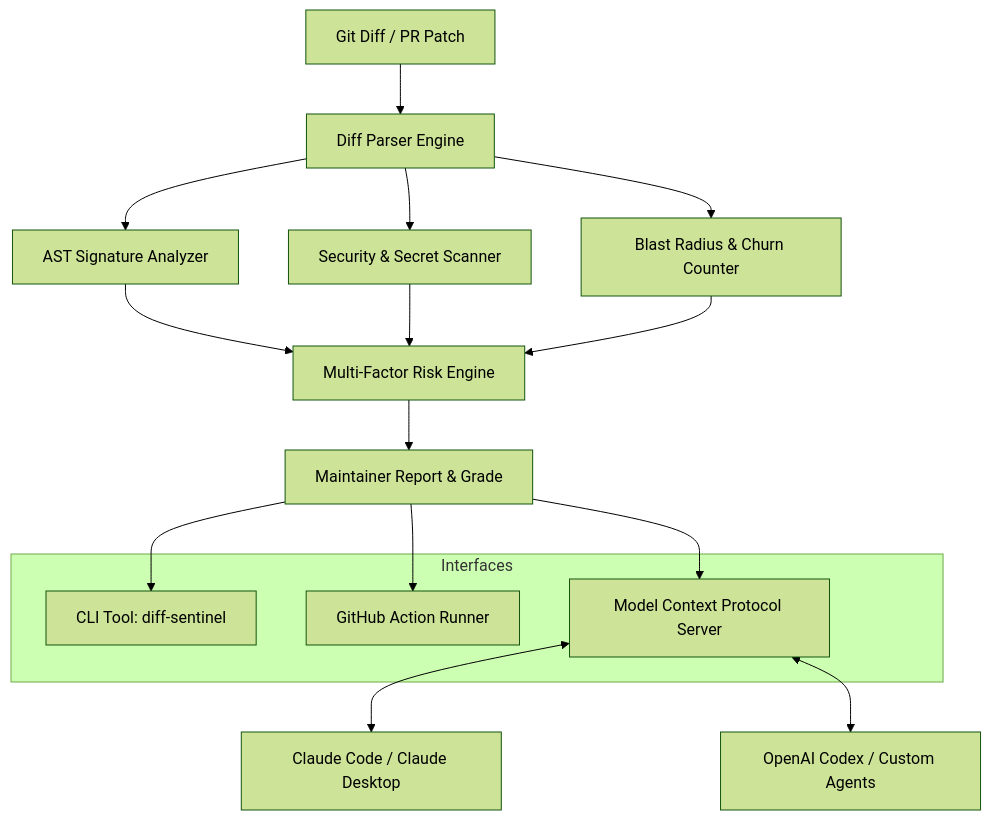
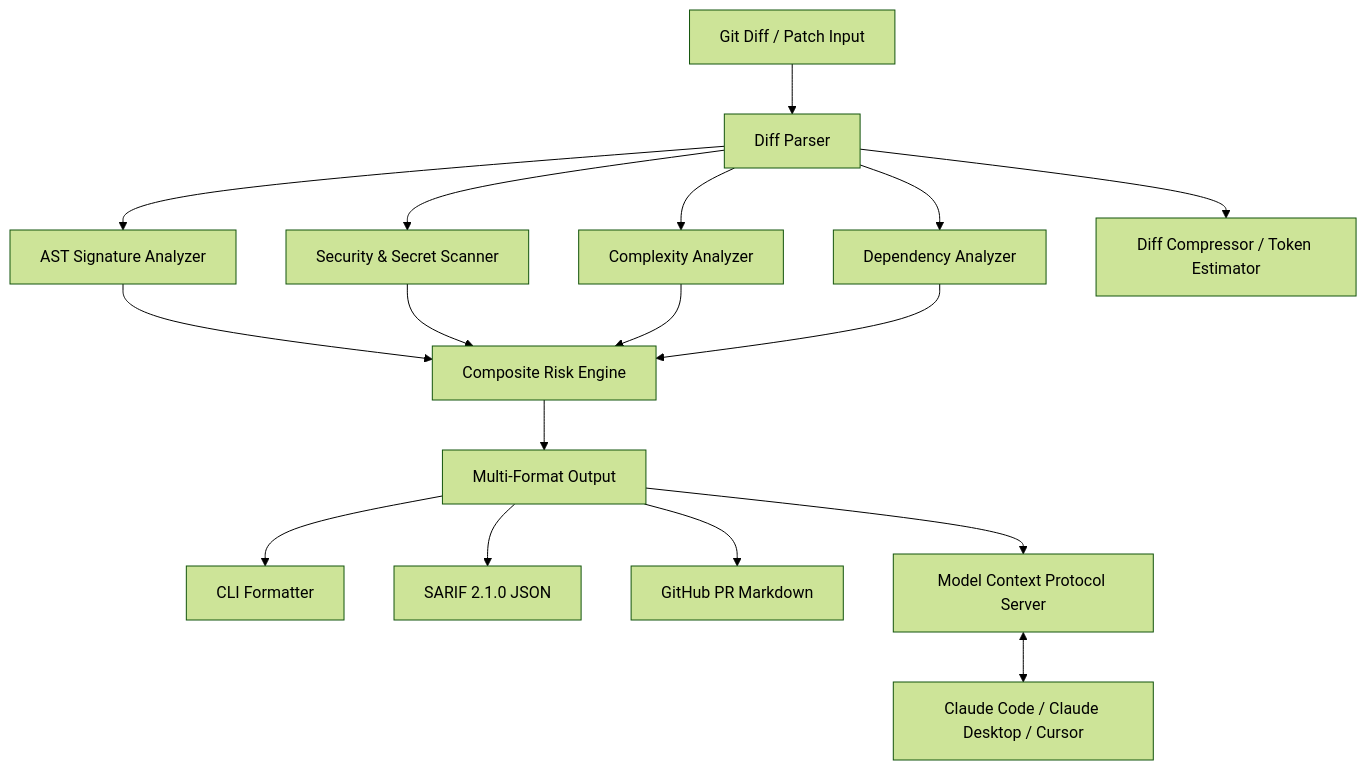
One commit to TonyStarkgenetic/diff-sentinel-ai changed the diagram in README.md. Above: the diagram before and after it, drawn with Mermaid (forest theme). The commit also changed other lines of this file and 14 other files, not shown here.

Commit message:
feat: v1.3.0 - SARIF 2.1.0 export, LLM token compressor, clean docs

````diff
--- a/README.md
+++ b/README.md
@@ -46,26 +46,24 @@
 ```mermaid
 flowchart TD
-    A[Git Diff / PR Patch] --> B[Diff Parser Engine]
-    B --> C[AST Signature Analyzer]
-    B --> D[Security & Secret Scanner]
-    B --> E[Blast Radius & Churn Counter]
+    Diff[Git Diff / Patch Input] --> Parser[Diff Parser]
     
-    C --> F[Multi-Factor Risk Engine]
-    D --> F
-    E --> F
+    Parser --> AST[AST Signature Analyzer]
+    Parser --> Secrets[Security & Secret Scanner]
+    Parser --> Complexity[Complexity Analyzer]
+    Parser --> Deps[Dependency Analyzer]
+    Parser --> Pack[Diff Compressor / Token Estimator]
     
-    F --> G[Maintainer Report & Grade]
+    AST --> Risk[Composite Risk Engine]
+    Secrets --> Risk
+    Complexity --> Risk
+    Deps --> Risk
     
-    subgraph Interfaces
-        H[CLI Tool: diff-sentinel]
-        I[GitHub Action Runner]
-        J[Model Context Protocol Server]
-    end
+    Risk --> Report[Multi-Format Output]
     
-    G --> H
-    G --> I
-    G --> J
+    Report --> CLI[CLI Formatter]
+    Report --> SARIF[SARIF 2.1.0 JSON]
+    Report --> PRComment[GitHub PR Markdown]
+    Report --> MCP[Model Context Protocol Server]
     
-    J <--> K[Claude Code / Claude Desktop]
-    J <--> L[OpenAI Codex / Custom Agents]
+    MCP <--> Agents[Claude Code / Claude Desktop / Cursor]
 ```
````
